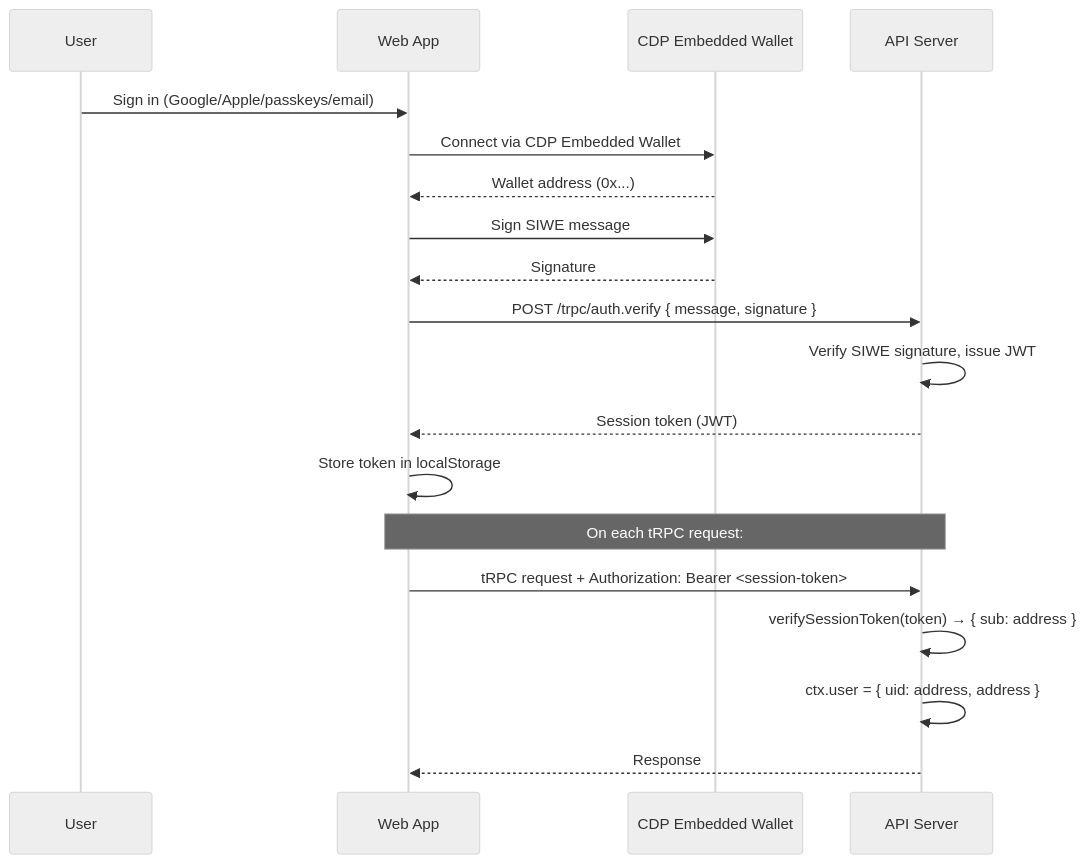
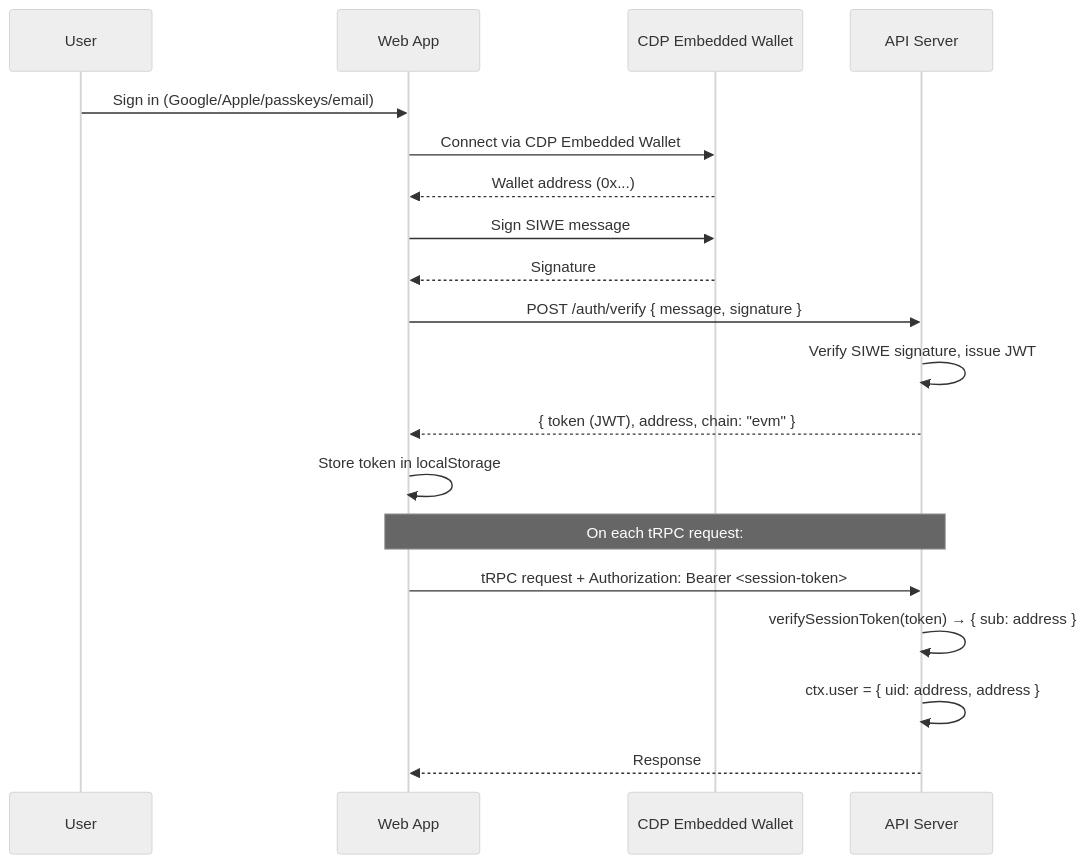
The second of 2 diagrams in docs/architecture.md (EcosystemNetwork/loar), drawn with Mermaid (neutral theme) before and after one commit. The commit also changed 32 other files, not shown here.

````diff
--- a/docs/architecture.md
+++ b/docs/architecture.md
@@ -63,24 +63,24 @@
 ```mermaid
 sequenceDiagram
     participant User
     participant Web as Web App
     participant Wallet as CDP Embedded Wallet
     participant Server as API Server
 
     User->>Web: Sign in (Google/Apple/passkeys/email)
     Web->>Wallet: Connect via CDP Embedded Wallet
     Wallet-->>Web: Wallet address (0x...)
     Web->>Wallet: Sign SIWE message
     Wallet-->>Web: Signature
 
-    Web->>Server: POST /trpc/auth.verify { message, signature }
+    Web->>Server: POST /auth/verify { message, signature }
     Server->>Server: Verify SIWE signature, issue JWT
-    Server-->>Web: Session token (JWT)
+    Server-->>Web: { token (JWT), address, chain: "evm" }
     Web->>Web: Store token in localStorage
 
     Note over Web,Server: On each tRPC request:
     Web->>Server: tRPC request + Authorization: Bearer <session-token>
     Server->>Server: verifySessionToken(token) → { sub: address }
     Server->>Server: ctx.user = { uid: address, address }
     Server-->>Web: Response
 ```
````
